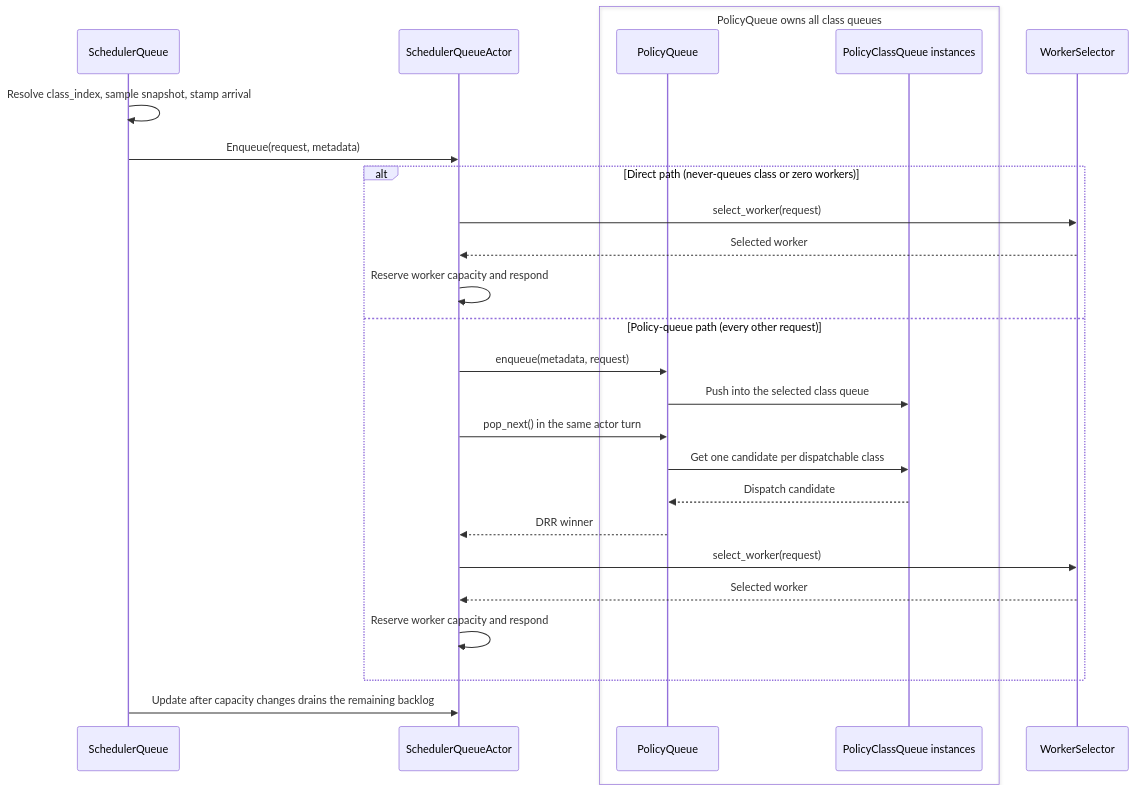
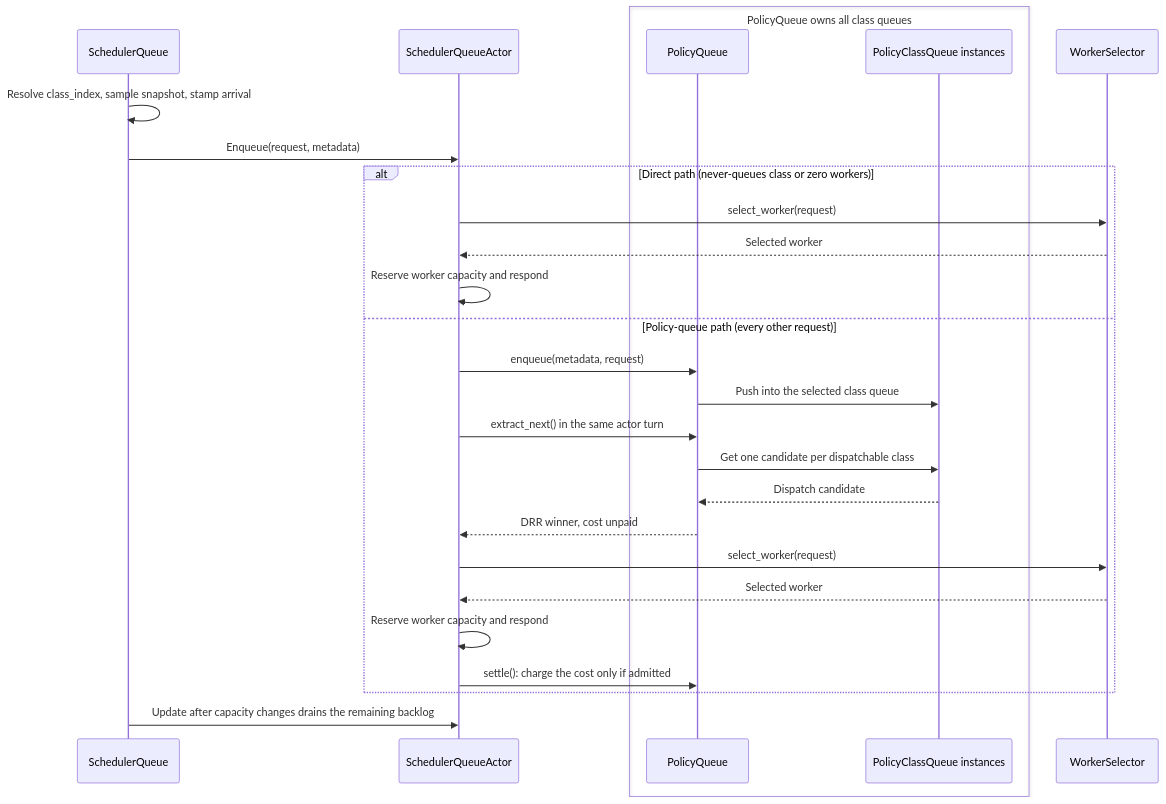
Before and after one commit to ai-dynamo/dynamo: the diagram in lib/kv-router/src/scheduling/AGENTS.md, drawn with Mermaid. The commit also changed other lines of this file and 12 other files, not shown here.

````diff
--- a/lib/kv-router/src/scheduling/AGENTS.md
+++ b/lib/kv-router/src/scheduling/AGENTS.md
@@ -9,29 +9,30 @@
 ```mermaid
 sequenceDiagram
     participant H as SchedulerQueue
     participant A as SchedulerQueueActor
     box PolicyQueue owns all class queues
         participant P as PolicyQueue
         participant C as PolicyClassQueue instances
     end
     participant S as WorkerSelector
 
     H->>H: Resolve class_index, sample snapshot, stamp arrival
     H->>A: Enqueue(request, metadata)
     alt Direct path (never-queues class or zero workers)
         A->>S: select_worker(request)
         S-->>A: Selected worker
         A->>A: Reserve worker capacity and respond
     else Policy-queue path (every other request)
         A->>P: enqueue(metadata, request)
         P->>C: Push into the selected class queue
-        A->>P: pop_next() in the same actor turn
+        A->>P: extract_next() in the same actor turn
         P->>C: Get one candidate per dispatchable class
         C-->>P: Dispatch candidate
-        P-->>A: DRR winner
+        P-->>A: DRR winner, cost unpaid
         A->>S: select_worker(request)
         S-->>A: Selected worker
         A->>A: Reserve worker capacity and respond
+        A->>P: settle(): charge the cost only if admitted
     end
     H->>A: Update after capacity changes drains the remaining backlog
 ```
````
